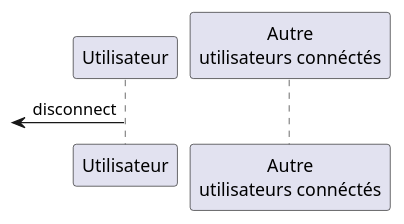
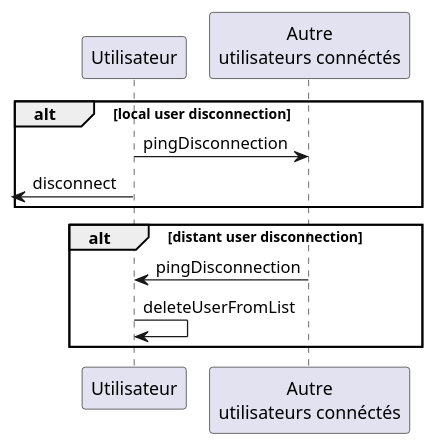
Before and after one commit to Stonks-Life-Inc/p2p-chat: the diagram in Sequences/sequence_disconnection.puml, drawn with PlantUML.

Commit message:
Sequence Diagram for disconnection done!

```diff
--- a/Sequences/sequence_disconnection.puml
+++ b/Sequences/sequence_disconnection.puml
@@ -1,5 +1,13 @@
 @startuml
 participant "Utilisateur" as usr
 participant "Autre\nutilisateurs connéctés" as cousr
+alt local user disconnection
+usr -> cousr : pingDisconnection
 [<-  usr : disconnect
+end
+
+alt distant user disconnection
+    cousr -> usr : pingDisconnection
+    usr -> usr : deleteUserFromList
+end
 @enduml
```
